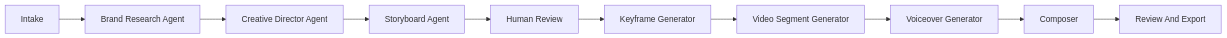
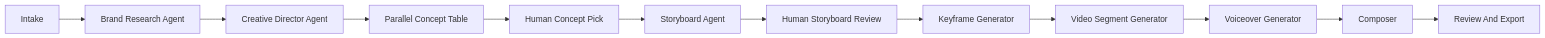
Before and after one commit to igbokwenu/reelai: the diagram in docs/reel-ai-blueprint.md, drawn with Mermaid. The commit also changed other lines of this file, not shown here.

Commit message:
docs: update reel-ai-blueprint with expanded product thesis, consistency mechanisms, and refined agent architecture.

````diff
--- a/docs/reel-ai-blueprint.md
+++ b/docs/reel-ai-blueprint.md
@@ -197,12 +248,14 @@
 ```mermaid
 flowchart LR
   A["Intake"] --> B["Brand Research Agent"]
   B --> C["Creative Director Agent"]
-  C --> D["Storyboard Agent"]
-  D --> E["Human Review"]
-  E --> F["Keyframe Generator"]
-  F --> G["Video Segment Generator"]
-  G --> H["Voiceover Generator"]
-  H --> I["Composer"]
-  I --> J["Review And Export"]
+  C --> D["Parallel Concept Table"]
+  D --> E["Human Concept Pick"]
+  E --> F["Storyboard Agent"]
+  F --> G["Human Storyboard Review"]
+  G --> H["Keyframe Generator"]
+  H --> I["Video Segment Generator"]
+  I --> J["Voiceover Generator"]
+  J --> K["Composer"]
+  K --> L["Review And Export"]
 ```
````
